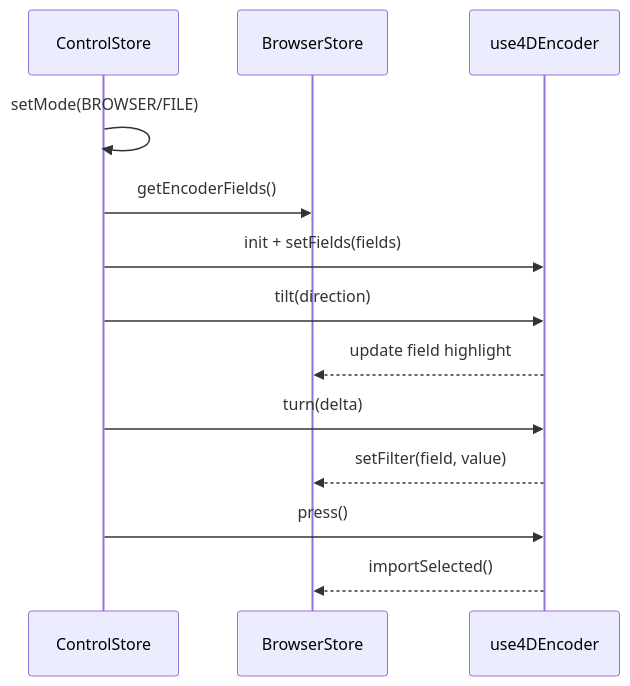
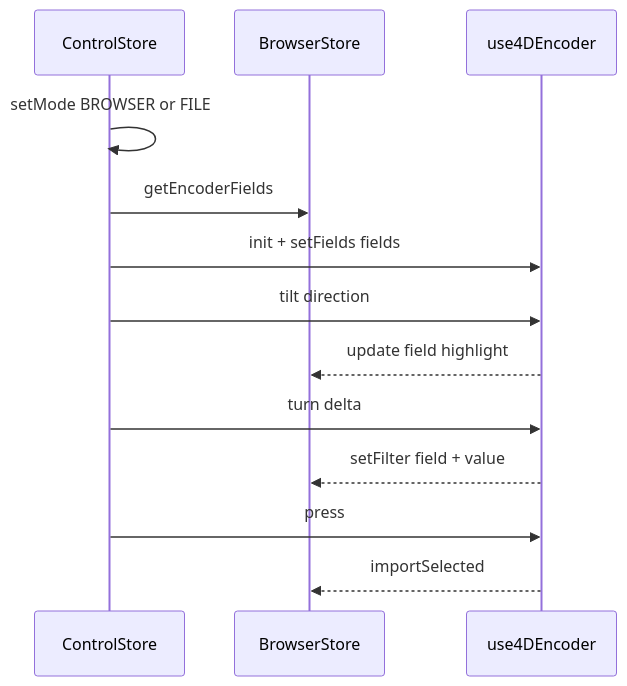
One commit to MarkusTratschitt/Drumcomputer changed the diagram in diagrams/control-4d-encoder-browser.md. Above: the diagram before and after it, drawn with Mermaid. The commit also changed 9 other files, not shown here.

Commit message:
feat: update mermaid diagrams for improved clarity and consistency in function calls

````diff
--- a/diagrams/control-4d-encoder-browser.md
+++ b/diagrams/control-4d-encoder-browser.md
@@ -3,19 +3,19 @@
 ```mermaid
 sequenceDiagram
     participant Control as ControlStore
     participant Browser as BrowserStore
     participant Encoder as use4DEncoder
 
-    Control->>Control: setMode(BROWSER/FILE)
-    Control->>Browser: getEncoderFields()
-    Control->>Encoder: init + setFields(fields)
+    Control->>Control: setMode BROWSER or FILE
+    Control->>Browser: getEncoderFields
+    Control->>Encoder: init + setFields fields
 
-    Control->>Encoder: tilt(direction)
+    Control->>Encoder: tilt direction
     Encoder-->>Browser: update field highlight
 
-    Control->>Encoder: turn(delta)
-    Encoder-->>Browser: setFilter(field, value)
+    Control->>Encoder: turn delta
+    Encoder-->>Browser: setFilter field + value
 
-    Control->>Encoder: press()
-    Encoder-->>Browser: importSelected()
+    Control->>Encoder: press
+    Encoder-->>Browser: importSelected
 ```
````
